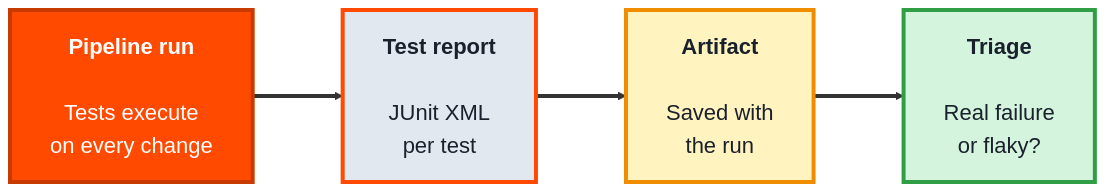
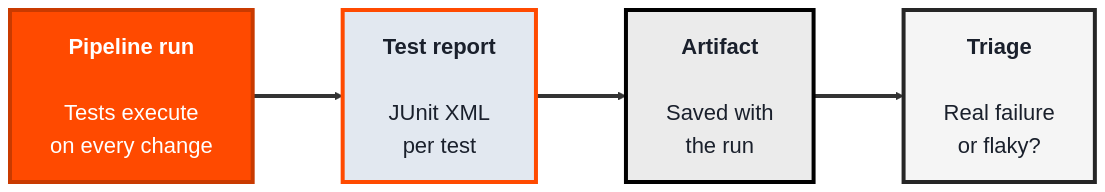
Before and after one commit to SHEMODELTECH/shemodeltech: the third of 3 diagrams in src/Pages/courses/TechQA/module-8-cicd-testing.md, drawn with Mermaid. The commit also changed other lines of this file and 46 other files, not shown here.

````diff
--- a/src/Pages/courses/TechQA/module-8-cicd-testing.md
+++ b/src/Pages/courses/TechQA/module-8-cicd-testing.md
@@ -162,16 +162,16 @@
 ```mermaid
 %%{init: {'theme':'base', 'themeVariables': {'fontSize':'22px', 'primaryTextColor':'#1a202c', 'primaryBorderColor':'#c93a00', 'lineColor':'#333333'}, 'flowchart': {'nodeSpacing': 70, 'rankSpacing': 90, 'padding': 20}}}%%
 flowchart LR
     RUN["<b>Pipeline run</b><br/><br/>Tests execute<br/>on every change"]
     REP["<b>Test report</b><br/><br/>JUnit XML<br/>per test"]
     ART["<b>Artifact</b><br/><br/>Saved with<br/>the run"]
     TRI["<b>Triage</b><br/><br/>Real failure<br/>or flaky?"]
 
     RUN ==> REP ==> ART ==> TRI
 
     style RUN fill:#ff4a00,color:#fff,stroke:#c93a00,stroke-width:4px
     style REP fill:#e2e8f0,color:#1a202c,stroke:#ff4a00,stroke-width:4px
-    style ART fill:#fff3bf,color:#1a202c,stroke:#f08c00,stroke-width:4px
-    style TRI fill:#d4f4dd,color:#1a202c,stroke:#2f9e44,stroke-width:4px
+    style ART fill:#EBEBEB,color:#1a202c,stroke:#000000,stroke-width:4px
+    style TRI fill:#F5F5F5,color:#1a202c,stroke:#262626,stroke-width:4px
     linkStyle default stroke-width:4px,stroke:#333333
 ```
````
